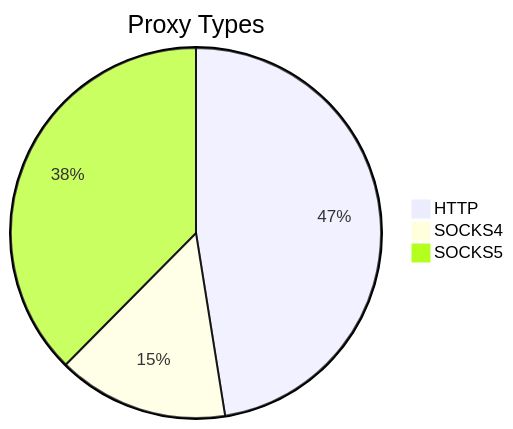
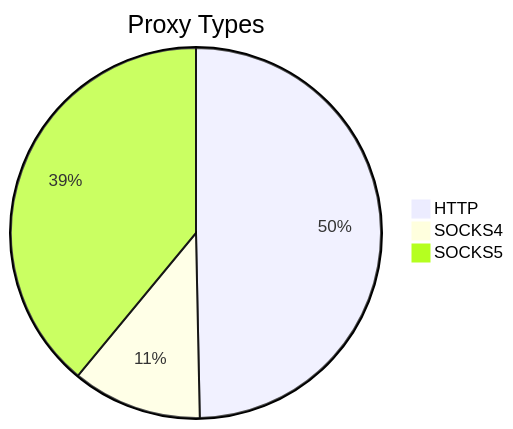
Before and after one commit to stormsia/proxy-list: the first of 2 diagrams in README.md, drawn with Mermaid. The commit also changed other lines of this file, not shown here.

````diff
--- a/README.md
+++ b/README.md
@@ -21,6 +21,6 @@
 ```mermaid
 pie title Proxy Types
-    "HTTP" : 283
-    "SOCKS4" : 89
-    "SOCKS5" : 224
+    "HTTP" : 228
+    "SOCKS4" : 52
+    "SOCKS5" : 179
 ```
````
